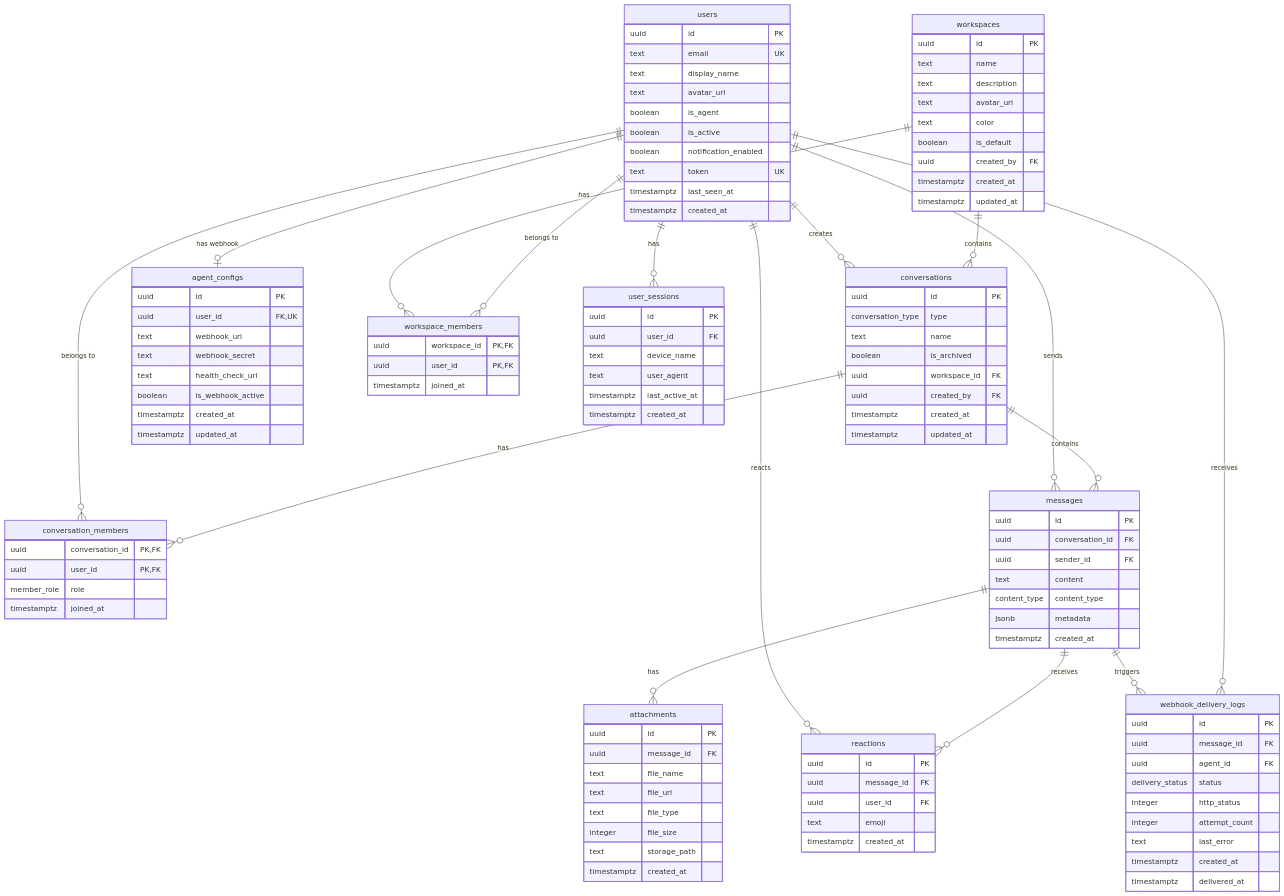
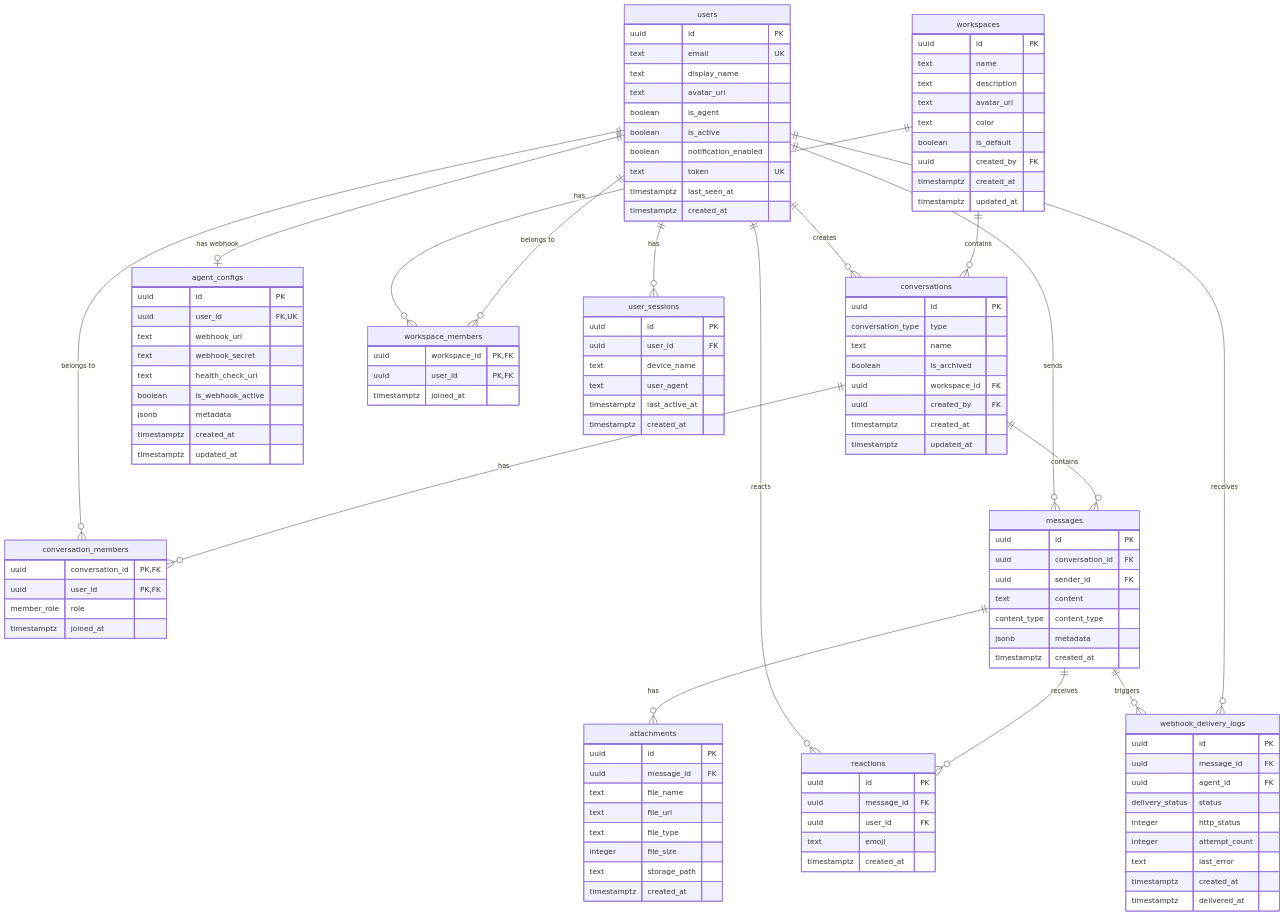
One commit to phucsystem/agent-playground changed the diagram in docs/DB_DESIGN.md. Above: the diagram before and after it, drawn with Mermaid. The commit also changed other lines of this file and 6 other files, not shown here.

```diff
--- a/docs/DB_DESIGN.md
+++ b/docs/DB_DESIGN.md
@@ -84,6 +84,7 @@
         text webhook_secret
         text health_check_url
         boolean is_webhook_active
+        jsonb metadata
         timestamptz created_at
         timestamptz updated_at
     }
```
